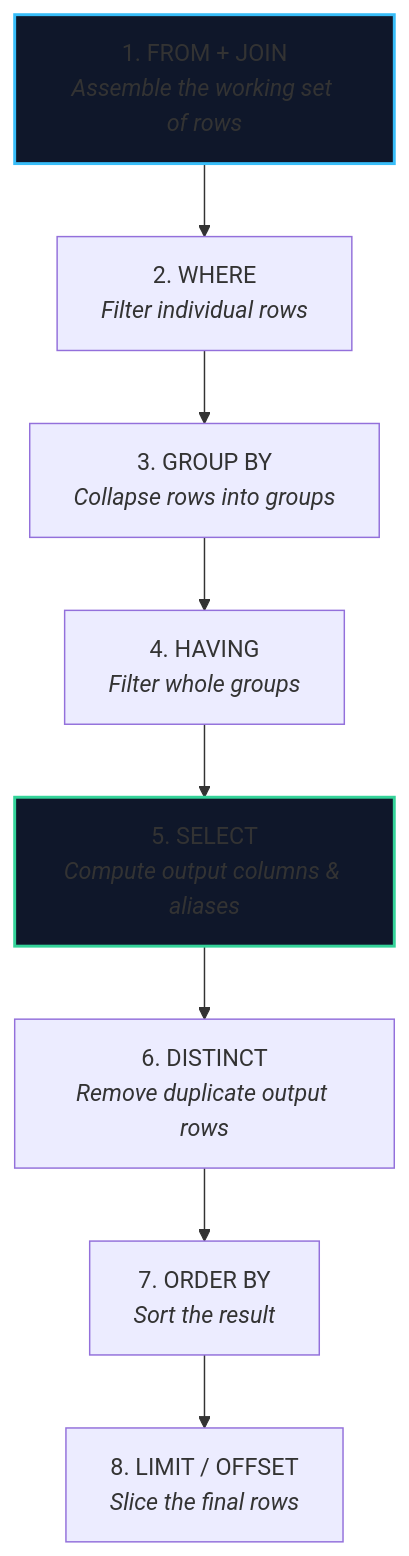
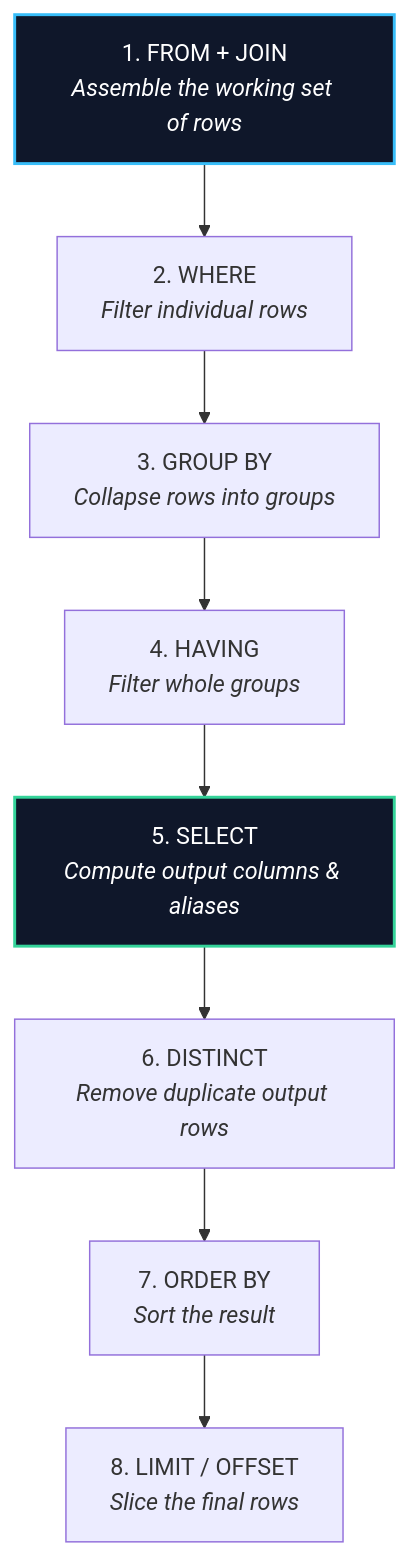
Before and after one commit to 1345AbhishekKumar/cs-cookbook: the first of 2 diagrams in content/docs/databases-sql/01-foundations-and-relational-modeling/03-queries-joins-and-aggregation.mdx, drawn with Mermaid. The commit also changed 80 other files, not shown here.

````diff
--- a/content/docs/databases-sql/01-foundations-and-relational-modeling/03-queries-joins-and-aggregation.mdx
+++ b/content/docs/databases-sql/01-foundations-and-relational-modeling/03-queries-joins-and-aggregation.mdx
@@ -15,14 +15,14 @@
 ```mermaid
 flowchart TD
     F["1. FROM + JOIN<br/><i>Assemble the working set of rows</i>"] --> W
     W["2. WHERE<br/><i>Filter individual rows</i>"] --> G
     G["3. GROUP BY<br/><i>Collapse rows into groups</i>"] --> H
     H["4. HAVING<br/><i>Filter whole groups</i>"] --> S
     S["5. SELECT<br/><i>Compute output columns & aliases</i>"] --> D
     D["6. DISTINCT<br/><i>Remove duplicate output rows</i>"] --> O
     O["7. ORDER BY<br/><i>Sort the result</i>"] --> L
     L["8. LIMIT / OFFSET<br/><i>Slice the final rows</i>"]
 
-    style F fill:#0f172a,stroke:#38bdf8,stroke-width:2px
-    style S fill:#0f172a,stroke:#34d399,stroke-width:2px
+    style F fill:#0f172a,stroke:#38bdf8,stroke-width:2px,color:#ffffff
+    style S fill:#0f172a,stroke:#34d399,stroke-width:2px,color:#ffffff
 ```
````
